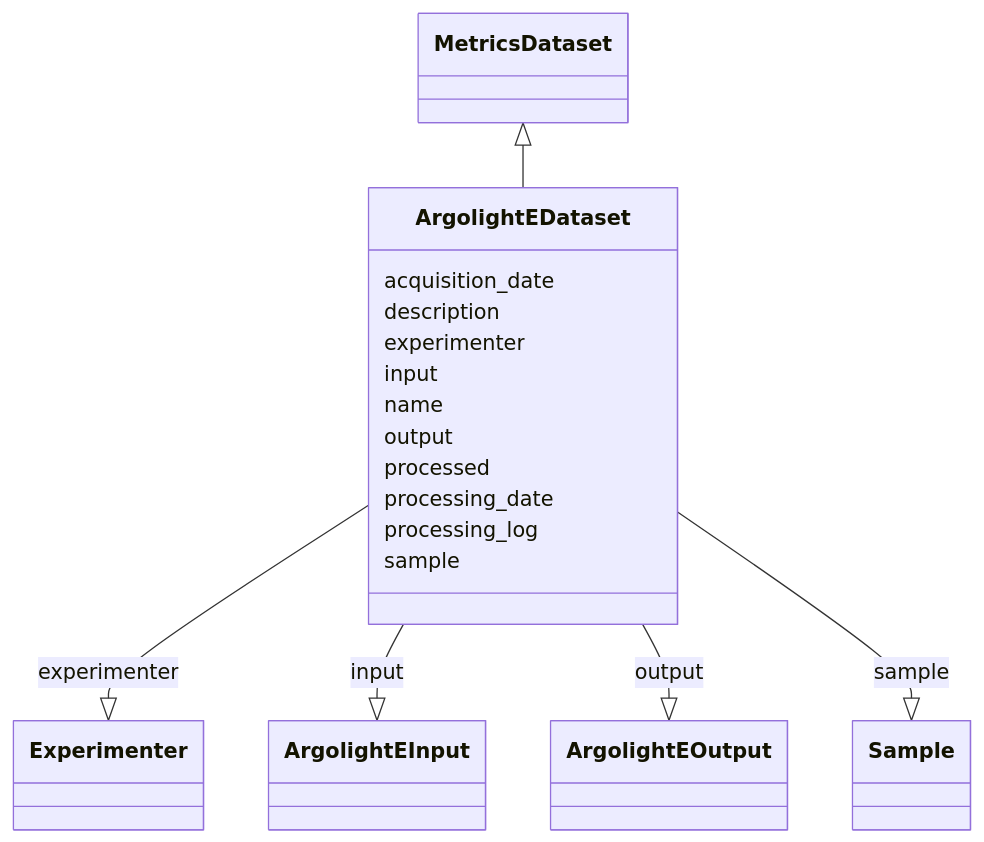
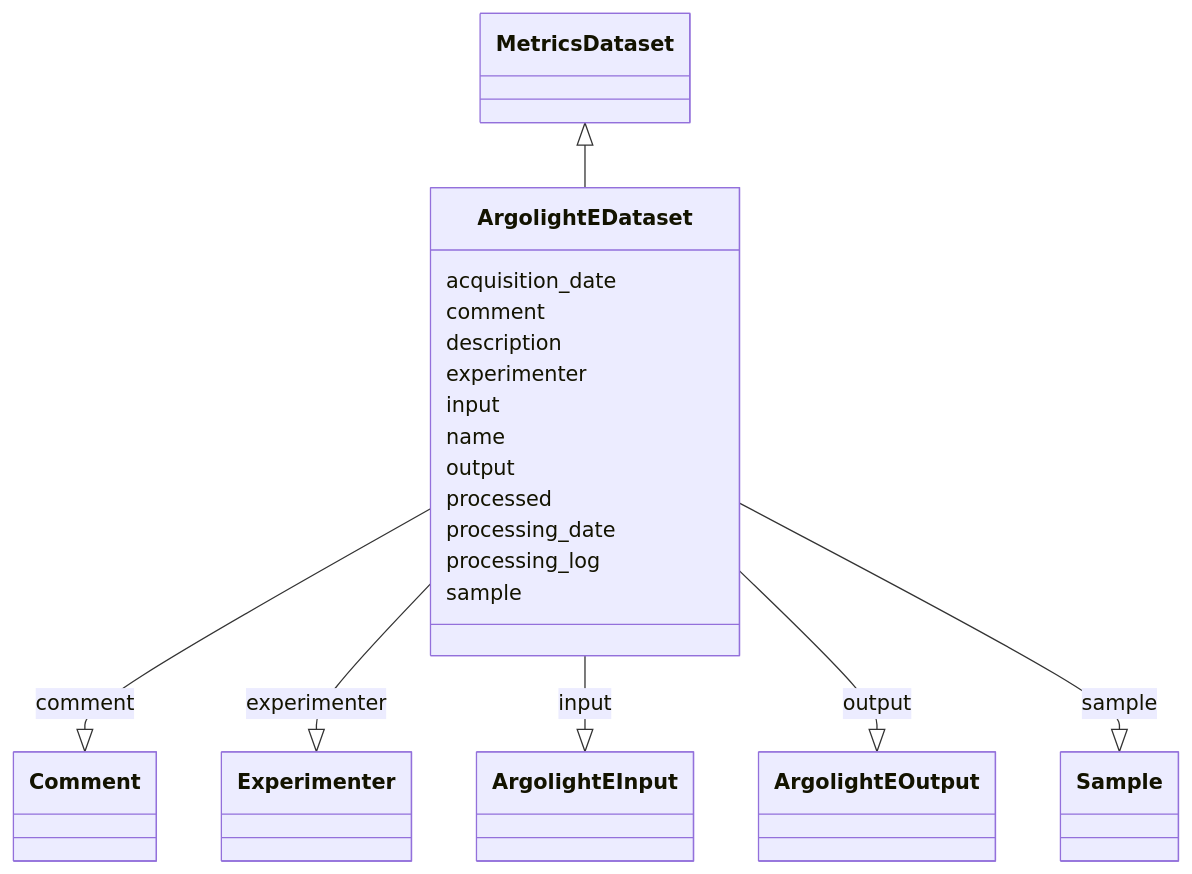
Before and after one commit to juliomateoslangerak/microscope-metrics: the diagram in docs/schema/samples/ArgolightEDataset.md, drawn with Mermaid. The commit also changed other lines of this file and 193 other files, not shown here.

Commit message:
Minor updates to the schema - ROI is lowercase - More descriptions

````diff
--- a/docs/schema/samples/ArgolightEDataset.md
+++ b/docs/schema/samples/ArgolightEDataset.md
@@ -21,35 +21,39 @@
 ```mermaid
  classDiagram
     class ArgolightEDataset
       MetricsDataset <|-- ArgolightEDataset
       
       ArgolightEDataset : acquisition_date
+        
+      ArgolightEDataset : comment
+        
+          ArgolightEDataset --|> Comment : comment
         
       ArgolightEDataset : description
         
       ArgolightEDataset : experimenter
         
           ArgolightEDataset --|> Experimenter : experimenter
         
       ArgolightEDataset : input
         
           ArgolightEDataset --|> ArgolightEInput : input
         
       ArgolightEDataset : name
         
       ArgolightEDataset : output
         
           ArgolightEDataset --|> ArgolightEOutput : output
         
       ArgolightEDataset : processed
         
       ArgolightEDataset : processing_date
         
       ArgolightEDataset : processing_log
         
       ArgolightEDataset : sample
         
           ArgolightEDataset --|> Sample : sample
         
       
 ```
````
